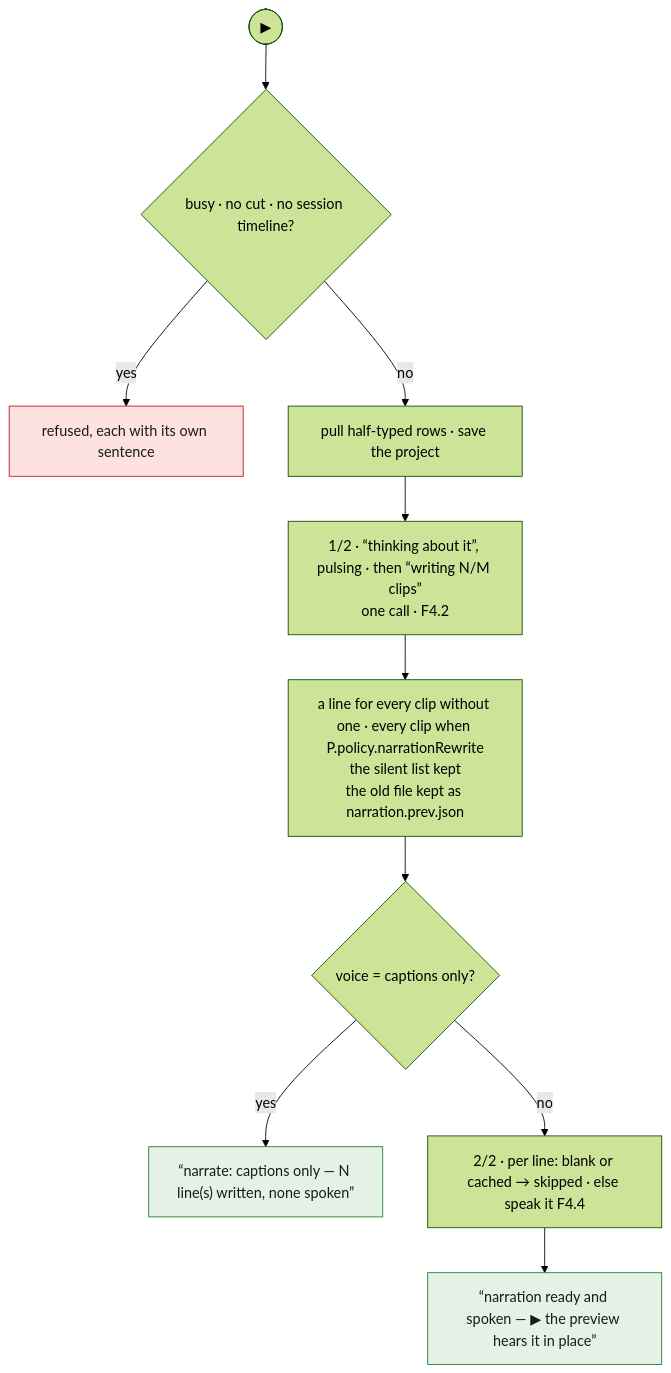
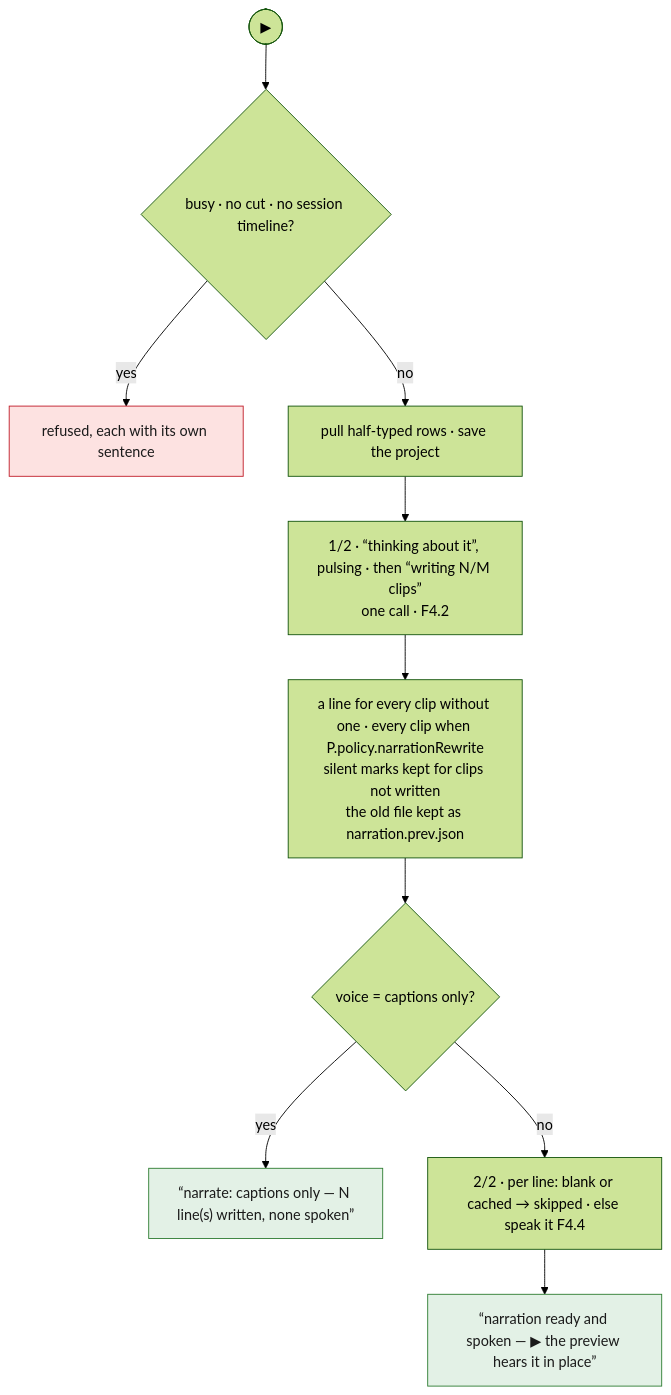
Before and after one commit to tbocek/naivepost: the first of 7 diagrams in spec/07-narrate.md, drawn with Mermaid (forest theme). The commit also changed other lines of this file and 21 other files, not shown here.

First line of the commit message:
Bring the spec in line with the code and list suspected bugs

````diff
--- a/spec/07-narrate.md
+++ b/spec/07-narrate.md
@@ -37,15 +37,15 @@
 ```mermaid
 flowchart TD
   A(["▶"]) --> G{"busy · no cut · no session timeline?"}
   G -- yes --> R["refused, each with its own sentence"]:::refuse
   G -- no --> P["pull half-typed rows · save the project"]
   P --> W["1/2 · “thinking about it”, pulsing · then “writing N/M clips”<br/>one call · F4.2"]
-  W --> REP["a line for every clip without one · every clip when P.policy.narrationRewrite<br/>the silent list kept<br/>the old file kept as narration.prev.json"]
+  W --> REP["a line for every clip without one · every clip when P.policy.narrationRewrite<br/>silent marks kept for clips not written<br/>the old file kept as narration.prev.json"]
   REP --> CO{"voice = captions only?"}
   CO -- yes --> C["“narrate: captions only — N line(s) written, none spoken”"]:::done
   CO -- no --> S["2/2 · per line: blank or cached → skipped · else speak it F4.4"]
   S --> OK["“narration ready and spoken — ▶ the preview hears it in place”"]:::done
   classDef refuse fill:#fde2e1,stroke:#c01c28,color:#1a1a1a
   classDef done fill:#e3f1e6,stroke:#2e7d32,color:#1a1a1a
   classDef ask fill:#e8eefc,stroke:#3a63c8,color:#1a1a1a
 ```
````
